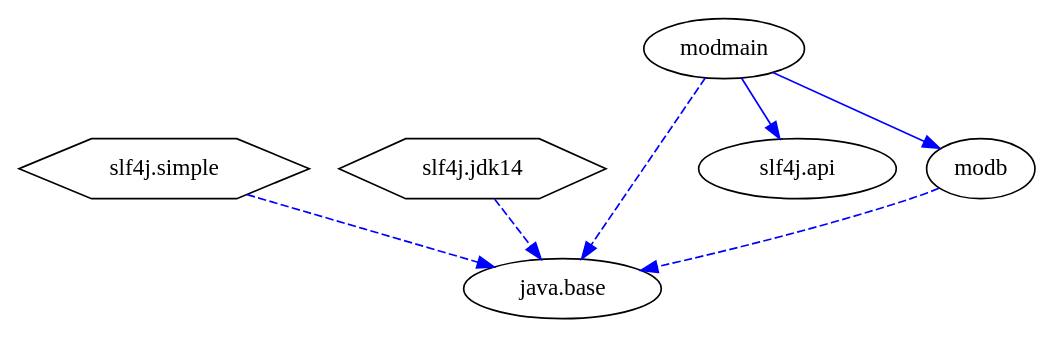
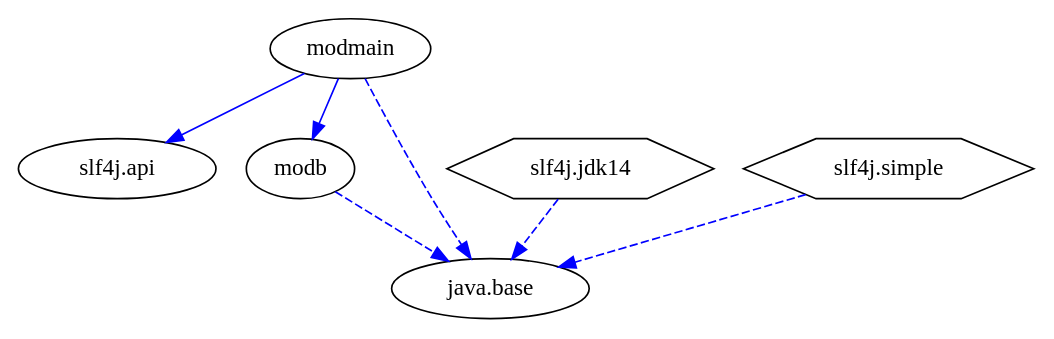
The diagram in jigsaw-examples/example_automatic-module-logging/moduledependencies.dot (accso/java9-jigsaw-examples), drawn with Graphviz before and after one commit. The commit also changed 84 other files, not shown here.

Commit message:
Updated all GraphViz files (.dot and .png output)

```diff
--- a/jigsaw-examples/example_automatic-module-logging/moduledependencies.dot
+++ b/jigsaw-examples/example_automatic-module-logging/moduledependencies.dot
@@ -1,15 +1,15 @@
-# Created by depvis.JigsawDepVisualizer on Thu Mar 30 16:04:40 CEST 2017
+# Created by depvis.JigsawDepVisualizer on Tue Oct 10 15:14:23 CEST 2017
 digraph Java9_Dependency_Visualizer {
-slf4j_simple[fontname="Consolas",shape="hexagon",label="slf4j.simple"];
-java_base[fontname="Consolas",shape="ellipse",label="java.base"];
-slf4j_jdk14[fontname="Consolas",shape="hexagon",label="slf4j.jdk14"];
 modmain[fontname="Consolas",shape="ellipse",label="modmain"];
 slf4j_api[fontname="Consolas",shape="ellipse",label="slf4j.api"];
 modb[fontname="Consolas",shape="ellipse",label="modb"];
-slf4j_simple -> java_base[color="#0000ff",fontname="Consolas",fontcolor="#0000ff",style="dashed",weight="16"]
-slf4j_jdk14 -> java_base[color="#0000ff",fontname="Consolas",fontcolor="#0000ff",style="dashed",weight="16"]
+java_base[fontname="Consolas",shape="ellipse",label="java.base"];
+slf4j_jdk14[fontname="Consolas",shape="hexagon",label="slf4j.jdk14"];
+slf4j_simple[fontname="Consolas",shape="hexagon",label="slf4j.simple"];
 modmain -> slf4j_api[color="#0000ff",fontname="Consolas",fontcolor="#0000ff",weight="8"]
 modmain -> modb[color="#0000ff",fontname="Consolas",fontcolor="#0000ff",weight="8"]
 modmain -> java_base[color="#0000ff",fontname="Consolas",fontcolor="#0000ff",style="dashed",weight="16"]
 modb -> java_base[color="#0000ff",fontname="Consolas",fontcolor="#0000ff",style="dashed",weight="16"]
+slf4j_jdk14 -> java_base[color="#0000ff",fontname="Consolas",fontcolor="#0000ff",style="dashed",weight="16"]
+slf4j_simple -> java_base[color="#0000ff",fontname="Consolas",fontcolor="#0000ff",style="dashed",weight="16"]
 }
```
